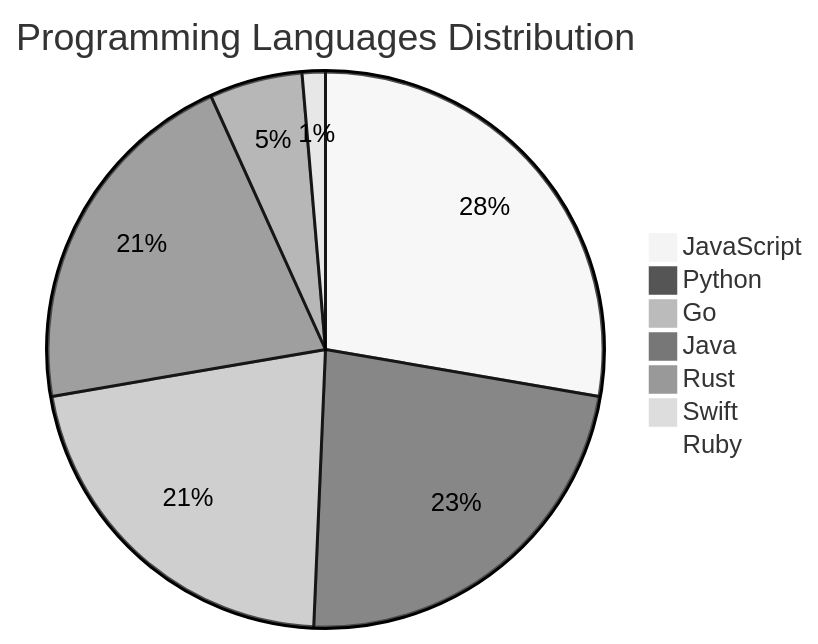
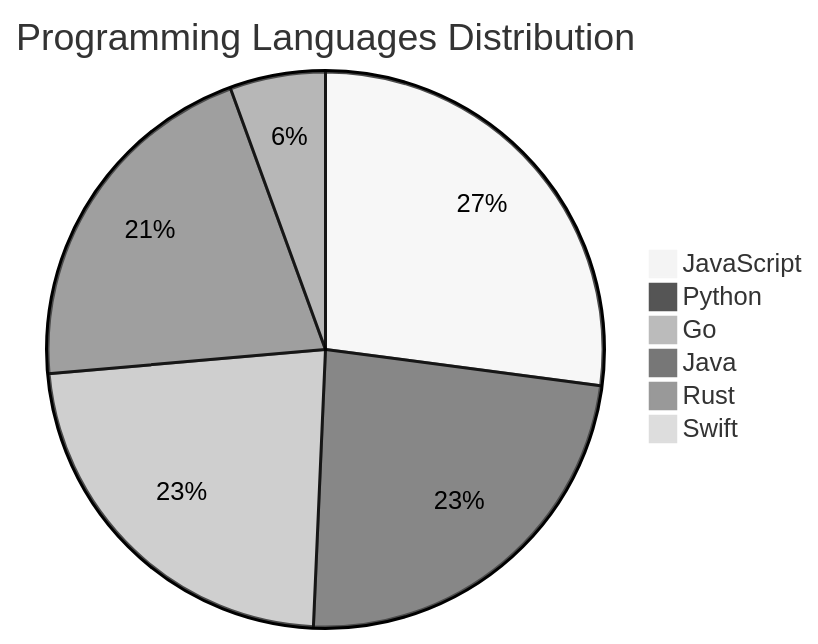
The diagram in README.md (Derrick-MUGISHA/github-activity-bot), drawn with Mermaid (neutral theme) before and after one commit. The commit also changed other lines of this file and 4 other files, not shown here.

````diff
--- a/README.md
+++ b/README.md
@@ -213,10 +212,9 @@
 ```mermaid
 pie title Programming Languages Distribution
-    "JavaScript" : 41
+    "JavaScript" : 39
     "Python" : 34
-    "Go" : 32
-    "Java" : 31
+    "Go" : 33
+    "Java" : 30
     "Rust" : 8
-    "Swift" : 2
-    "Ruby" : 1
+    "Swift" : 1
 ```
````
